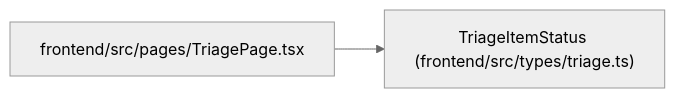
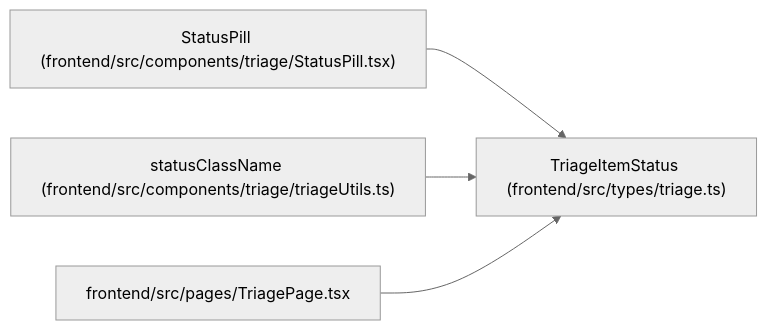
One commit to Denissvgn/WorkChord changed the diagram in docs/llm_wiki/entities/types_triage_TriageItemStatus.md. Above: the diagram before and after it, drawn with Mermaid (neutral theme). The commit also changed other lines of this file and 2373 other files, not shown here.

````diff
--- a/docs/llm_wiki/entities/types_triage_TriageItemStatus.md
+++ b/docs/llm_wiki/entities/types_triage_TriageItemStatus.md
@@ -28,8 +28,14 @@
 ```mermaid
 flowchart LR
     n0["TriageItemStatus (frontend/src/types/triage.ts)"]
-    n1["frontend/src/pages/TriagePage.tsx"]
+    n1["StatusPill (frontend/src/components/triage/StatusPill.tsx)"]
+    n2["statusClassName (frontend/src/components/triage/triageUtils.ts)"]
+    n3["frontend/src/pages/TriagePage.tsx"]
     n1 --> n0
+    n2 --> n0
+    n3 --> n0
     click n0 "../modules/types_triage.md"
-    click n1 "../modules/TriagePage.md"
+    click n1 "../modules/StatusPill.md"
+    click n2 "../modules/triageUtils.md"
+    click n3 "../modules/TriagePage.md"
 ```
````
